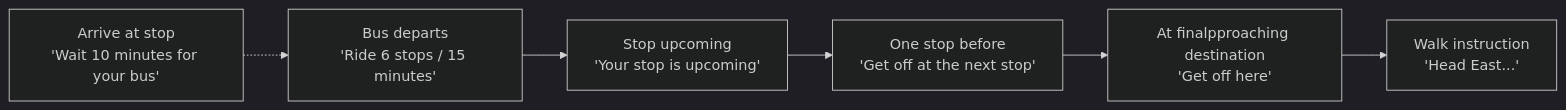
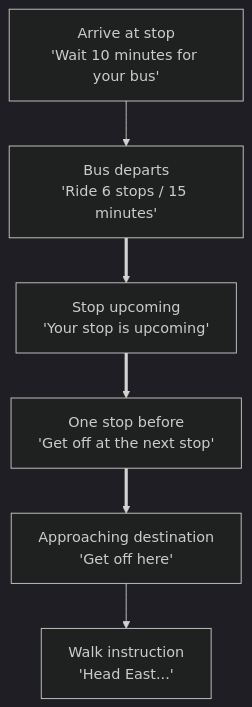
The second of 2 diagrams in docs/live-tracking.md (ibi-group/otp-middleware), drawn with Mermaid (dark theme) before and after one commit. The commit also changed other lines of this file and 1 other file, not shown here.

Commit message:
docs(live-tracking): Update turn-by-turn directions diagram.

````diff
--- a/docs/live-tracking.md
+++ b/docs/live-tracking.md
@@ -115,10 +106,10 @@
 ```mermaid
-flowchart LR
+flowchart TD
     arriveAtStop[Arrive at stop<br/>'Wait 10 minutes for your bus']
     startRiding[Bus departs<br/>'Ride 6 stops / 15 minutes']
     upcomingStop[Stop upcoming<br/>'Your stop is upcoming']   
     oneStopBefore[One stop before<br/>'Get off at the next stop']
-    getOffHere[At finalpproaching destination<br/>'Get off here']
+    getOffHere[Approaching destination<br/>'Get off here']
     walk[Walk instruction<br/>'Head East...']
-    arriveAtStop -.-> startRiding --> upcomingStop --> oneStopBefore --> getOffHere --> walk
+    arriveAtStop --> startRiding ==> upcomingStop ==> oneStopBefore ==> getOffHere --> walk
 ```
````
